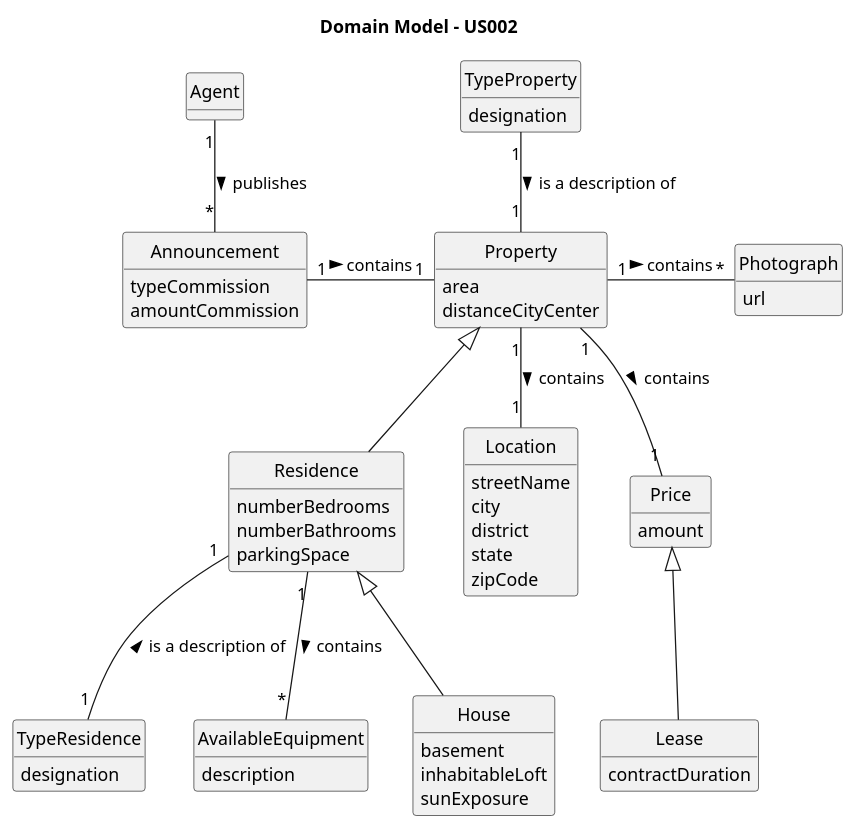
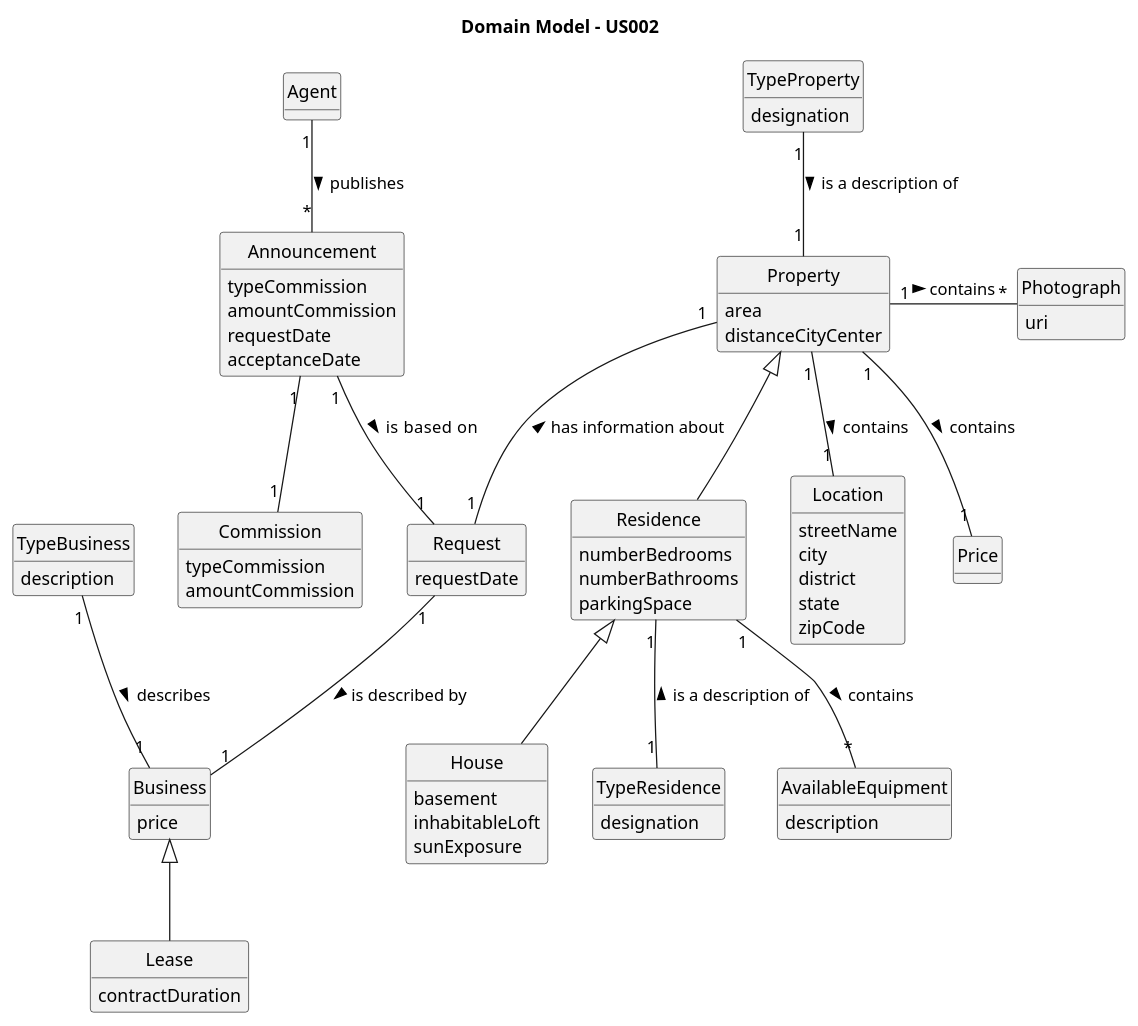
One commit to rita-barbosa/LAPR2-2223 changed the diagram in docs/sprintB/us002/02.analysis/puml/us002-domain-model.puml. Above: the diagram before and after it, drawn with PlantUML. The commit also changed 2 other files, not shown here.

```diff
--- a/docs/sprintB/us002/02.analysis/puml/us002-domain-model.puml
+++ b/docs/sprintB/us002/02.analysis/puml/us002-domain-model.puml
@@ -1,76 +1,96 @@
 @startuml
 skinparam monochrome true
 skinparam packageStyle rectangle
 skinparam shadowing false
 
 'left to right direction
 
 skinparam classAttributeIconSize 0
 
 hide circle
 hide methods
 
 title Domain Model - US002
 
 
 class Announcement {
  typeCommission
  amountCommission
 }
+ class Announcement {
+requestDate
+acceptanceDate
+ }
+class Commission {
+typeCommission
+amountCommission
+}
+
 class Property{
  area
  distanceCityCenter
 }
 
 class Residence{
  numberBedrooms
  numberBathrooms
  parkingSpace
 }
 class House{
  basement
  inhabitableLoft
  sunExposure
 }
 class TypeProperty{
 designation
 }
 class TypeResidence{
 designation
 }
 class Photograph{
-url
+uri
 }
 class Location{
 streetName
 city
 district
 state
 zipCode
 }
-class Price{
-amount
+class Business{
+price
 }
 class Lease{
 contractDuration
 }
 class Agent {
 }
 class AvailableEquipment{
 description
 }
-
+class Request{
+requestDate
+}
+class TypeBusiness{
+description
+}
 
 Agent "1" -- "*" Announcement: publishes >
-Announcement "1" - "1" Property: contains >
 TypeProperty "1" -- "1" Property: is a description of >
 Residence -up-|> Property
 TypeResidence "1" -up- "1" Residence: is a description of >
 House -up-|> Residence
 Property "1" - "*" Photograph: contains >
 Property "1"--"1" Location: contains >
 Property "1" -- "1" Price: contains >
-Price <|-- Lease
+Business <|-- Lease
 Residence "1" -- "*"AvailableEquipment: contains >
+Announcement "1" -- "1" Commission
+Property "1" -- "1" Request : < has information about
+Request "1" -- "1" Business: is described by >
+TypeBusiness "1" -- "1" Business : describes >
+Announcement "1" -- "1" Request : is  based on >
+
+
 
 @enduml
```
